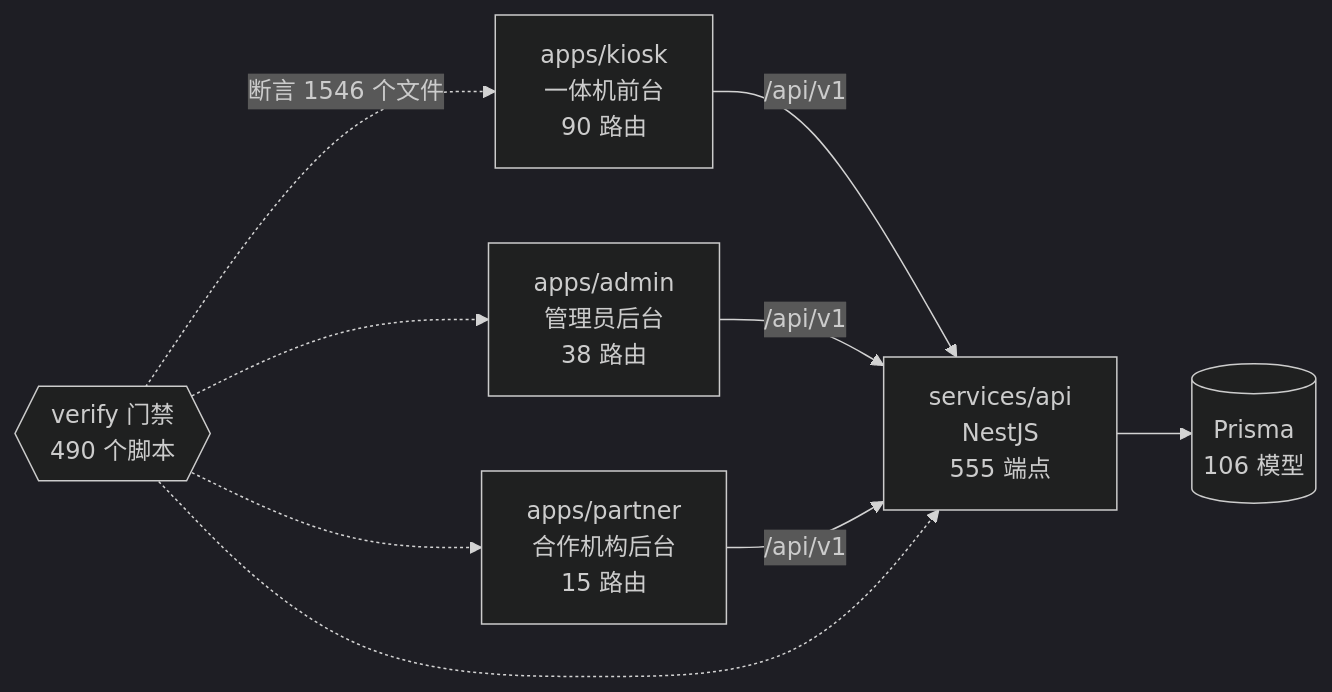
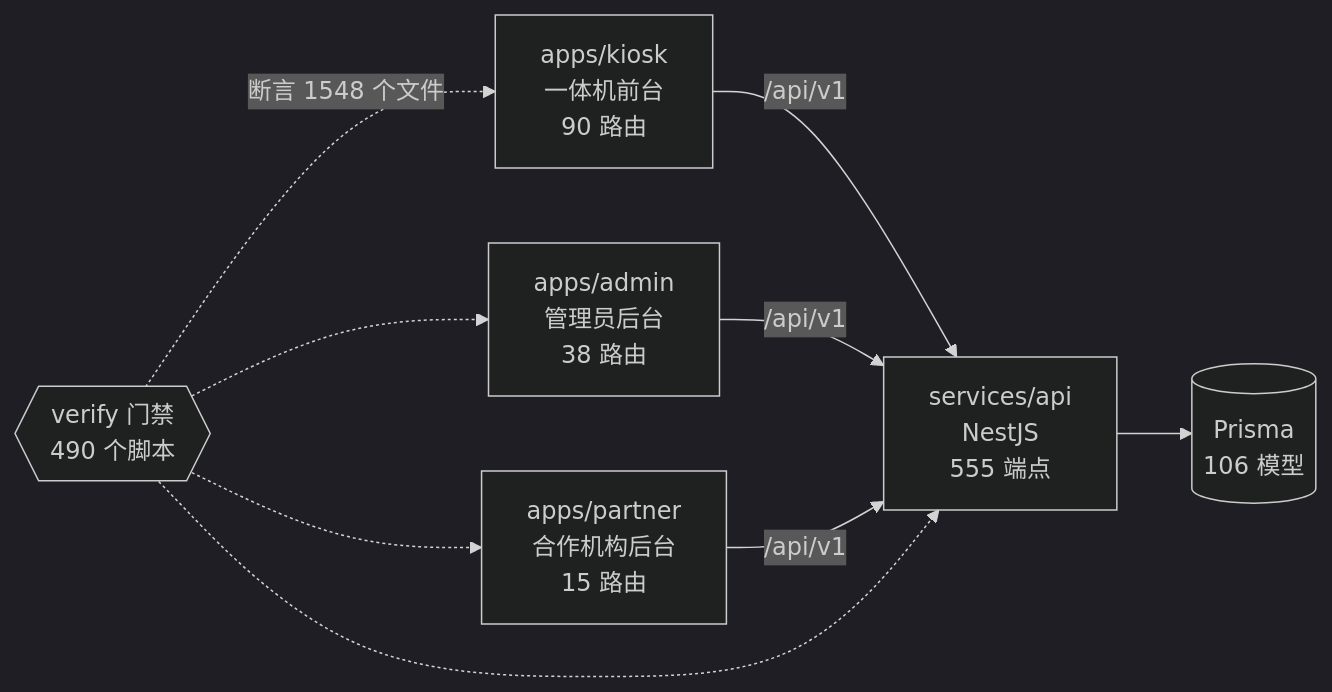
The diagram in docs/graph/README.md (wanglei581/YITIJI), drawn with Mermaid (dark theme) before and after one commit. The commit also changed other lines of this file and 18 other files, not shown here.

````diff
--- a/docs/graph/README.md
+++ b/docs/graph/README.md
@@ -68,18 +68,18 @@
 ```mermaid
 flowchart LR
   kiosk["apps/kiosk<br/>一体机前台<br/>90 路由"]
   admin["apps/admin<br/>管理员后台<br/>38 路由"]
   partner["apps/partner<br/>合作机构后台<br/>15 路由"]
   api["services/api<br/>NestJS<br/>555 端点"]
   db[("Prisma<br/>106 模型")]
   gates{{"verify 门禁<br/>490 个脚本"}}
 
   kiosk -->|"/api/v1"| api
   admin -->|"/api/v1"| api
   partner -->|"/api/v1"| api
   api --> db
-  gates -.->|"断言 1546 个文件"| kiosk
+  gates -.->|"断言 1548 个文件"| kiosk
   gates -.-> admin
   gates -.-> partner
   gates -.-> api
 ```
````
